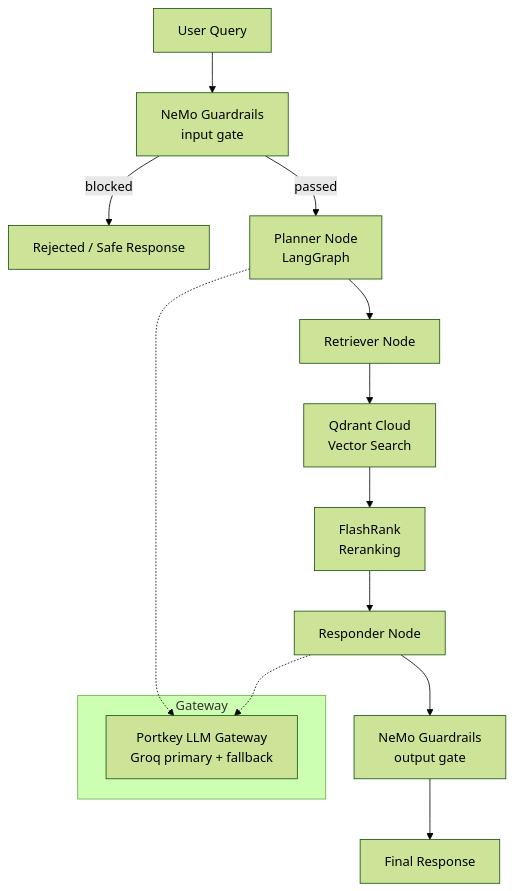
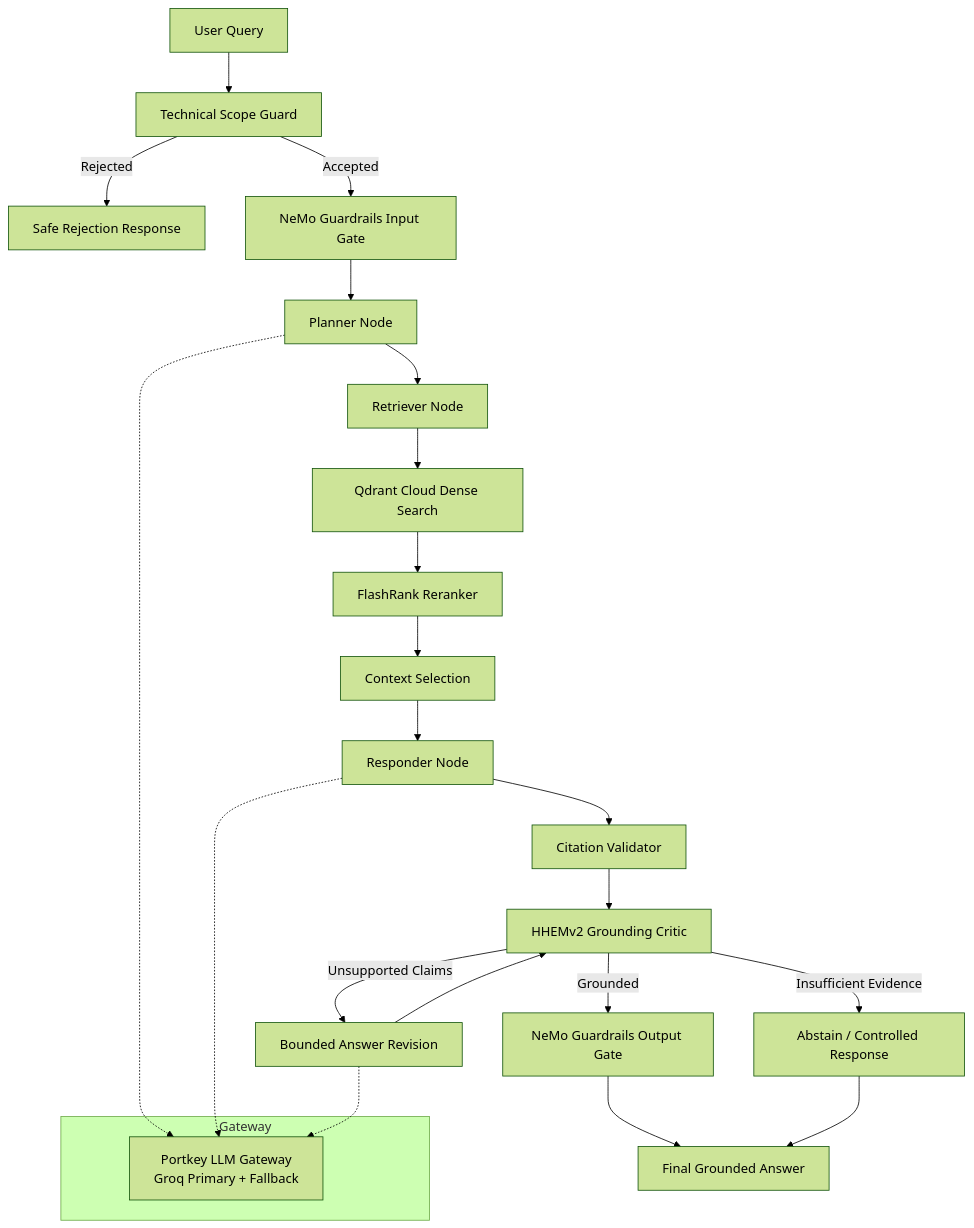
The first of 2 diagrams in README.md (rj1230/KnowledgeMesh), drawn with Mermaid (forest theme) before and after one commit. The commit also changed other lines of this file, not shown here.

````diff
--- a/README.md
+++ b/README.md
@@ -35,18 +94,28 @@
 ```mermaid
 flowchart TD
-    A[User Query] --> B[NeMo Guardrails<br/>input gate]
-    B -->|blocked| Z[Rejected / Safe Response]
-    B -->|passed| C[Planner Node<br/>LangGraph]
-    C --> D[Retriever Node]
-    D --> E[Qdrant Cloud<br/>Vector Search]
-    E --> F[FlashRank<br/>Reranking]
-    F --> G[Responder Node]
-    G --> H[NeMo Guardrails<br/>output gate]
-    H --> I[Final Response]
+    A[User Query] --> B[Technical Scope Guard]
+    B -->|Rejected| Z[Safe Rejection Response]
+    B -->|Accepted| C[NeMo Guardrails Input Gate]
+    C --> D[Planner Node]
+    D --> E[Retriever Node]
+    E --> F[Qdrant Cloud Dense Search]
+    F --> G[FlashRank Reranker]
+    G --> H[Context Selection]
+    H --> I[Responder Node]
+    I --> J[Citation Validator]
+    J --> K[HHEMv2 Grounding Critic]
+    K -->|Unsupported Claims| L[Bounded Answer Revision]
+    L --> K
+    K -->|Grounded| M[NeMo Guardrails Output Gate]
+    K -->|Insufficient Evidence| N[Abstain / Controlled Response]
+    M --> O[Final Grounded Answer]
+    N --> O
 
     subgraph Gateway
-    P[Portkey LLM Gateway<br/>Groq primary + fallback]
+    P[Portkey LLM Gateway<br/>Groq Primary + Fallback]
     end
-    C -.-> P
-    G -.-> P
+
+    D -.-> P
+    I -.-> P
+    L -.-> P
 ```
````
